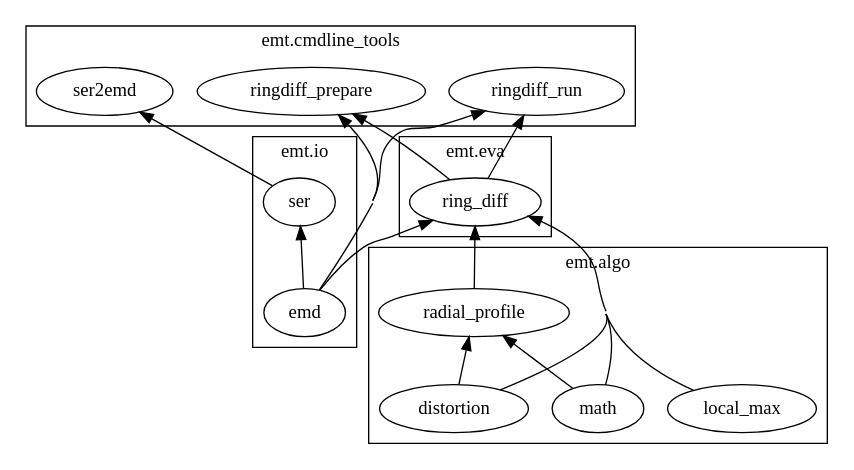
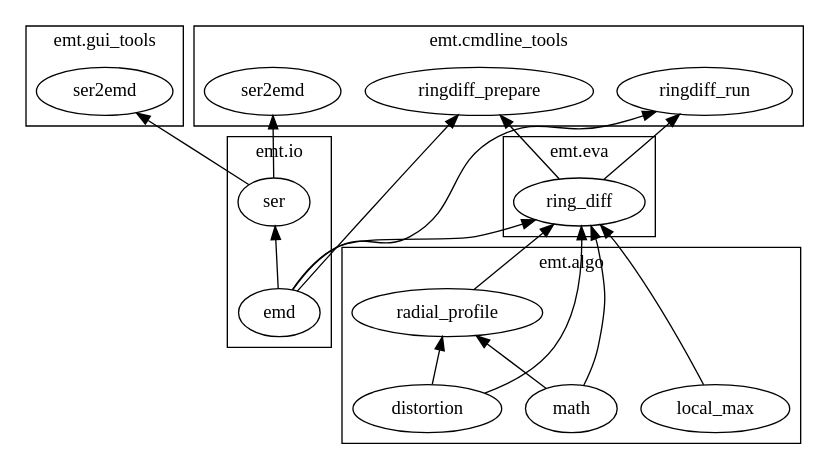
One commit to fniekiel/emt changed the diagram in docs/module_layout.dot. Above: the diagram before and after it, drawn with Graphviz.

Commit message:
updated module layout in docs

```diff
--- a/docs/module_layout.dot
+++ b/docs/module_layout.dot
@@ -1,61 +1,70 @@
 digraph modules {
     rankdir = BT;
     labelloc = "b";
-    concentrate = true;
+    //concentrate = true;
 
     subgraph "cluster_emt.io"{
     label = "emt.io";
     
     "emt.io.emd" [label="emd"];
     
     "emt.io.ser" [label="ser"];
 
     
     }
     
     subgraph "cluster_emt.algo"{
     label = "emt.algo";
     
     "emt.algo.local_max" [label="local_max"];
     "emt.algo.distortion" [label="distortion"];
     "emt.algo.radial_profile" [label="radial_profile"];
     "emt.algo.math" [label="math"];
     
     }
     
     subgraph "cluster_emt.eva"{
     label = "emt.eva";
     
     "emt.eva.ring_diff" [label="ring_diff"];
 
     
     }
     
     subgraph "cluster_emt.cmdline_tools" {
     label = "emt.cmdline_tools";
     
     "emt.cmdline_tools.ser2emd" [label="ser2emd"];
     "emt.cmdline_tools.ringdiff_prepare" [label="ringdiff_prepare"];
     "emt.cmdline_tools.ringdiff_run" [label="ringdiff_run"];
 
     }
     
+    subgraph "cluster_emt.gui_tools" {
+    label = "emt.gui_tools";
+    
+    "emt.gui_tools.ser2emd" [label="ser2emd"];
+    
+    }
+    
     "emt.io.emd" -> "emt.io.ser";
     
     "emt.algo.distortion" -> "emt.algo.radial_profile";
     "emt.algo.math" -> "emt.algo.radial_profile";
     
     "emt.algo.local_max" -> "emt.eva.ring_diff";
     "emt.algo.distortion" -> "emt.eva.ring_diff";
     "emt.algo.radial_profile" -> "emt.eva.ring_diff";
     "emt.algo.math" -> "emt.eva.ring_diff";
     "emt.io.emd" -> "emt.eva.ring_diff";
     
     "emt.io.ser" -> "emt.cmdline_tools.ser2emd";
     
     "emt.io.emd" -> "emt.cmdline_tools.ringdiff_prepare";
     "emt.eva.ring_diff" -> "emt.cmdline_tools.ringdiff_prepare";
     
     "emt.io.emd" -> "emt.cmdline_tools.ringdiff_run";
     "emt.eva.ring_diff" -> "emt.cmdline_tools.ringdiff_run";
+    
+    "emt.io.ser" -> "emt.gui_tools.ser2emd";
 }
```
